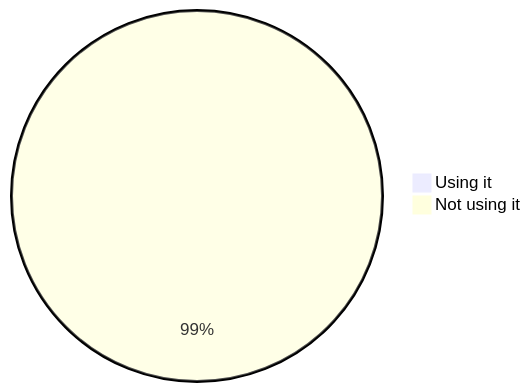
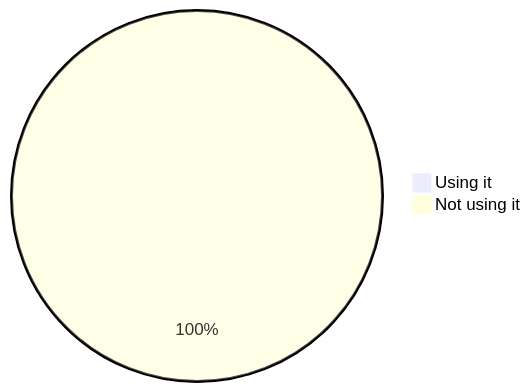
The tenth of 18 diagrams in stats.md (oshp/oshp-stats), drawn with Mermaid before and after one commit. The commit also changed other lines of this file and 1 other file, not shown here.

````diff
--- a/stats.md
+++ b/stats.md
@@ -116,6 +116,6 @@
 ```mermaid
 pie
-	"Using it" : 0.95
-	"Not using it" : 99.05
+	"Using it" : 0.34
+	"Not using it" : 99.66
 
 ```
````
